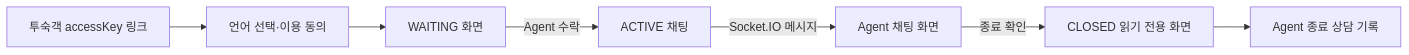
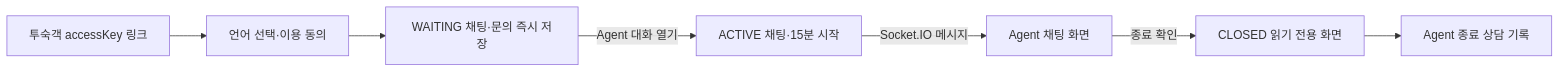
The eighth of 8 diagrams in docs/08_System_Blueprint.md (miffy9999/RemotePlus_Chat), drawn with Mermaid before and after one commit. The commit also changed other lines of this file and 43 other files, not shown here.

````diff
--- a/docs/08_System_Blueprint.md
+++ b/docs/08_System_Blueprint.md
@@ -200,9 +201,9 @@
 ```mermaid
 flowchart LR
     Link["투숙객 accessKey 링크"] --> Consent["언어 선택·이용 동의"]
-    Consent --> Waiting["WAITING 화면"]
-    Waiting -->|Agent 수락| Active["ACTIVE 채팅"]
+    Consent --> Waiting["WAITING 채팅·문의 즉시 저장"]
+    Waiting -->|Agent 대화 열기| Active["ACTIVE 채팅·15분 시작"]
     Active -->|Socket.IO 메시지| Agent["Agent 채팅 화면"]
     Agent -->|종료 확인| Closed["CLOSED 읽기 전용 화면"]
     Closed --> History["Agent 종료 상담 기록"]
 ```
````
